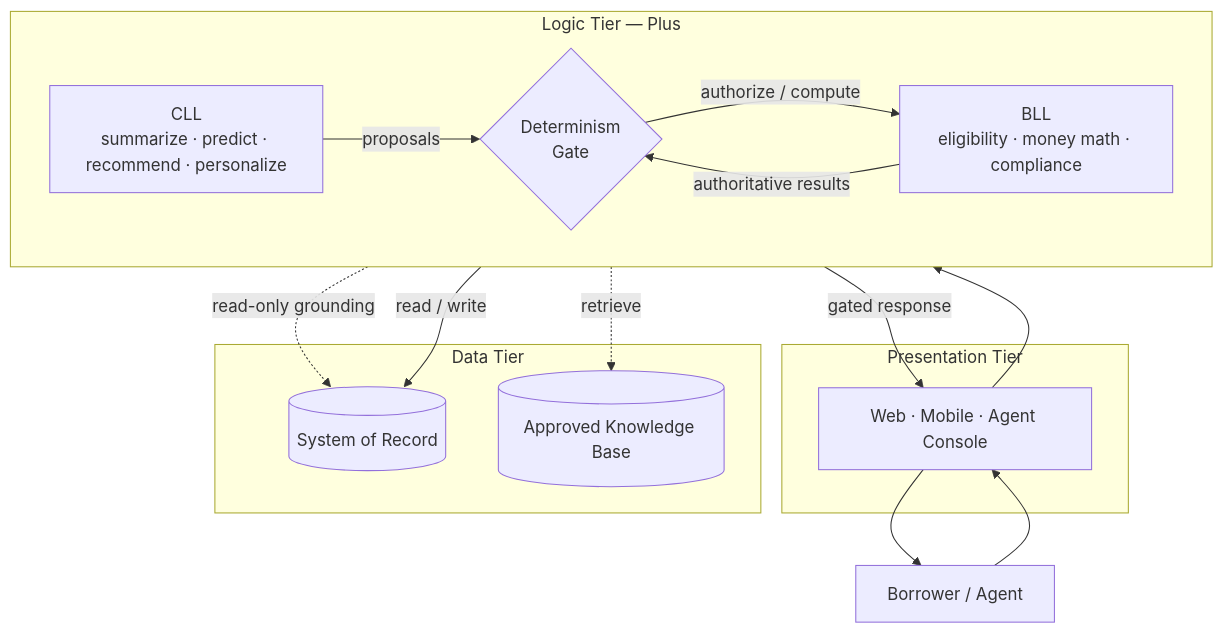
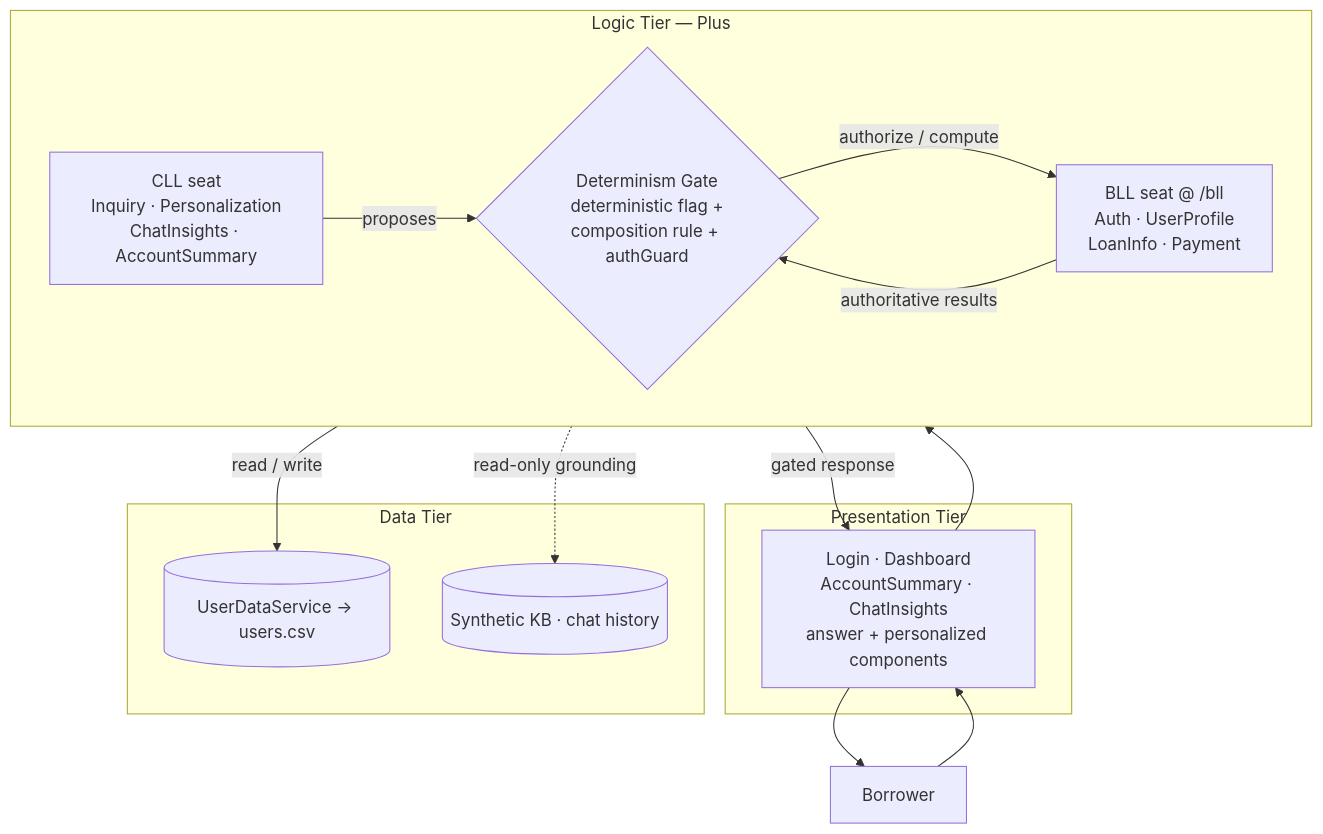
Before and after one commit to antongeorgescu/poc-plus-hexagonal-architecture: the second of 8 diagrams in documentation/plus_architecture.md, drawn with Mermaid. The commit also changed other lines of this file, not shown here.

````diff
--- a/documentation/plus_architecture.md
+++ b/documentation/plus_architecture.md
@@ -51,25 +81,24 @@
 ```mermaid
 flowchart TB
-  U["Borrower / Agent"]
+  U["Borrower"]
   subgraph P["Presentation Tier"]
-    UI["Web · Mobile · Agent Console"]
+    UI["Login · Dashboard<br/>AccountSummary · ChatInsights<br/>answer + personalized components"]
   end
   subgraph L["Logic Tier — Plus"]
     direction LR
-    CLL["CLL<br/>summarize · predict · recommend · personalize"]
-    GATE{"Determinism<br/>Gate"}
-    BLL["BLL<br/>eligibility · money math · compliance"]
-    CLL -->|"proposals"| GATE
+    CLL["CLL seat<br/>Inquiry · Personalization<br/>ChatInsights · AccountSummary"]
+    GATE{"Determinism Gate<br/>deterministic flag +<br/>composition rule + authGuard"}
+    BLL["BLL seat @ /bll<br/>Auth · UserProfile<br/>LoanInfo · Payment"]
+    CLL -->|"proposes"| GATE
     GATE -->|"authorize / compute"| BLL
     BLL -->|"authoritative results"| GATE
   end
   subgraph D["Data Tier"]
-    DB[("System of Record")]
-    KB[("Approved Knowledge Base")]
+    DB[("UserDataService → users.csv")]
+    KB[("Synthetic KB · chat history")]
   end
   U --> UI --> CLL
   GATE -->|"gated response"| UI --> U
-  CLL -.->|"read-only grounding"| DB
-  CLL -.->|"retrieve"| KB
+  CLL -.->|"read-only grounding"| KB
   BLL -->|"read / write"| DB
 ```
````
